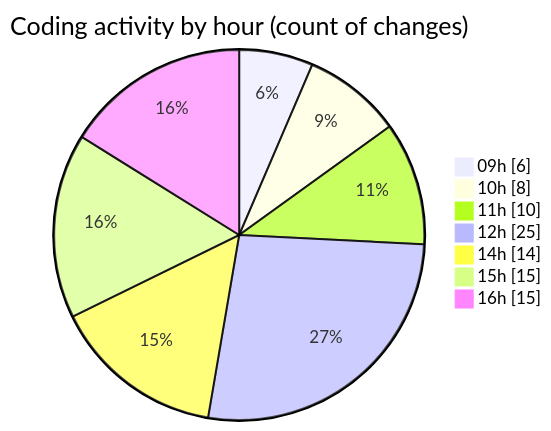
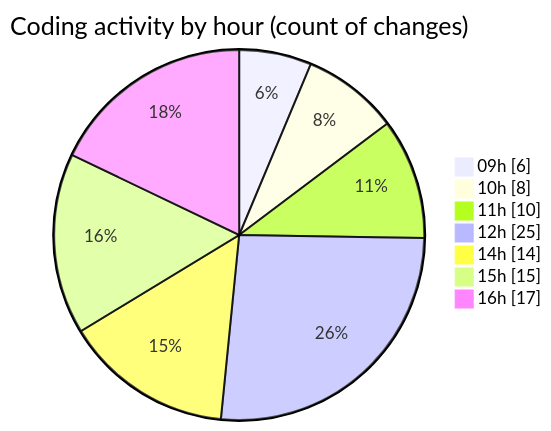
Before and after one commit to momahboobian/code-tracking: the second of 2 diagrams in 2025-10-22/cda/README.md, drawn with Mermaid. The commit also changed other lines of this file and 1 other file, not shown here.

````diff
--- a/2025-10-22/cda/README.md
+++ b/2025-10-22/cda/README.md
@@ -40,11 +40,11 @@
 ```mermaid
 pie showData
 title Coding activity by hour (count of changes)
 "09h" : 6
 "10h" : 8
 "11h" : 10
 "12h" : 25
 "14h" : 14
 "15h" : 15
-"16h" : 15
+"16h" : 17
 ```
````
